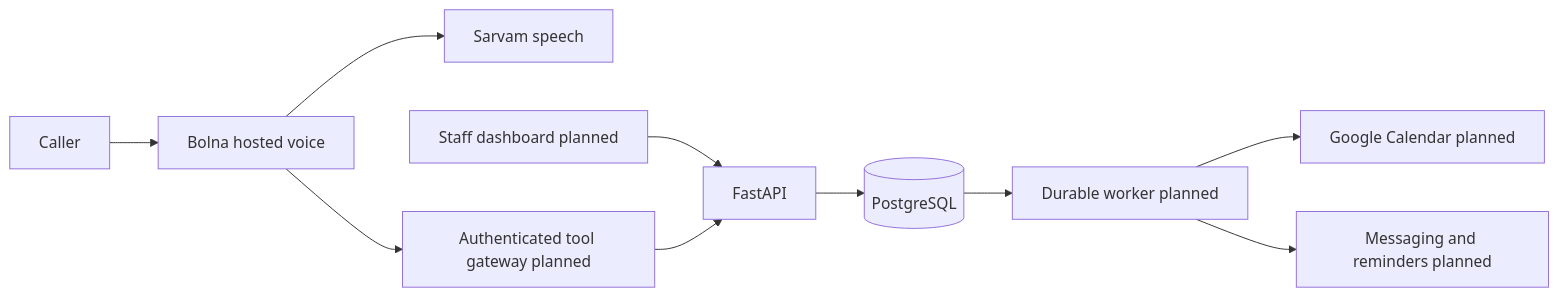
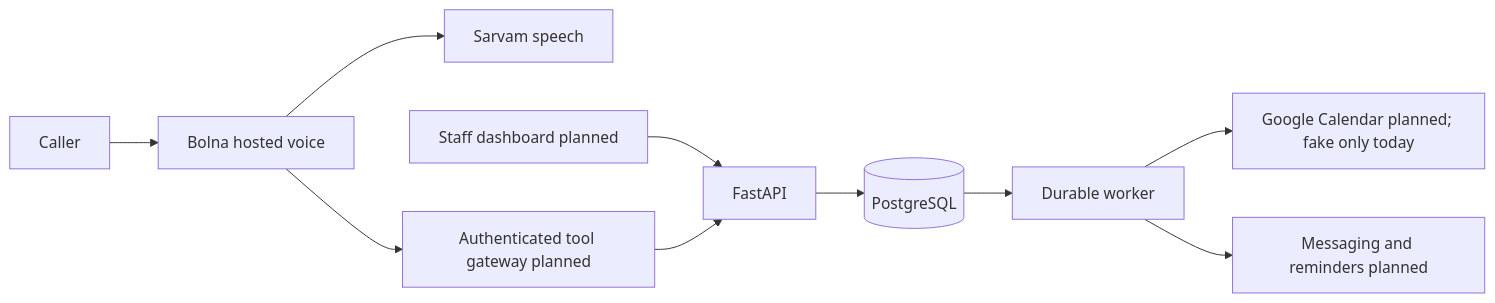
One commit to arsalannkhann/clinic-frontdesk changed the diagram in docs/ARCHITECTURE.md. Above: the diagram before and after it, drawn with Mermaid. The commit also changed other lines of this file and 14 other files, not shown here.

First line of the commit message:
Add durable outbox worker with fenced leases and verified calendar confirmation

````diff
--- a/docs/ARCHITECTURE.md
+++ b/docs/ARCHITECTURE.md
@@ -5,12 +5,12 @@
 ```mermaid
 flowchart LR
   Caller --> Bolna[Bolna hosted voice]
   Bolna --> Speech[Sarvam speech]
   Bolna --> Gateway[Authenticated tool gateway planned]
   Staff[Staff dashboard planned] --> API[FastAPI]
   Gateway --> API
   API --> DB[(PostgreSQL)]
-  DB --> Worker[Durable worker planned]
-  Worker --> Calendar[Google Calendar planned]
+  DB --> Worker[Durable worker]
+  Worker --> Calendar[Google Calendar planned; fake only today]
   Worker --> Delivery[Messaging and reminders planned]
 ```
````
